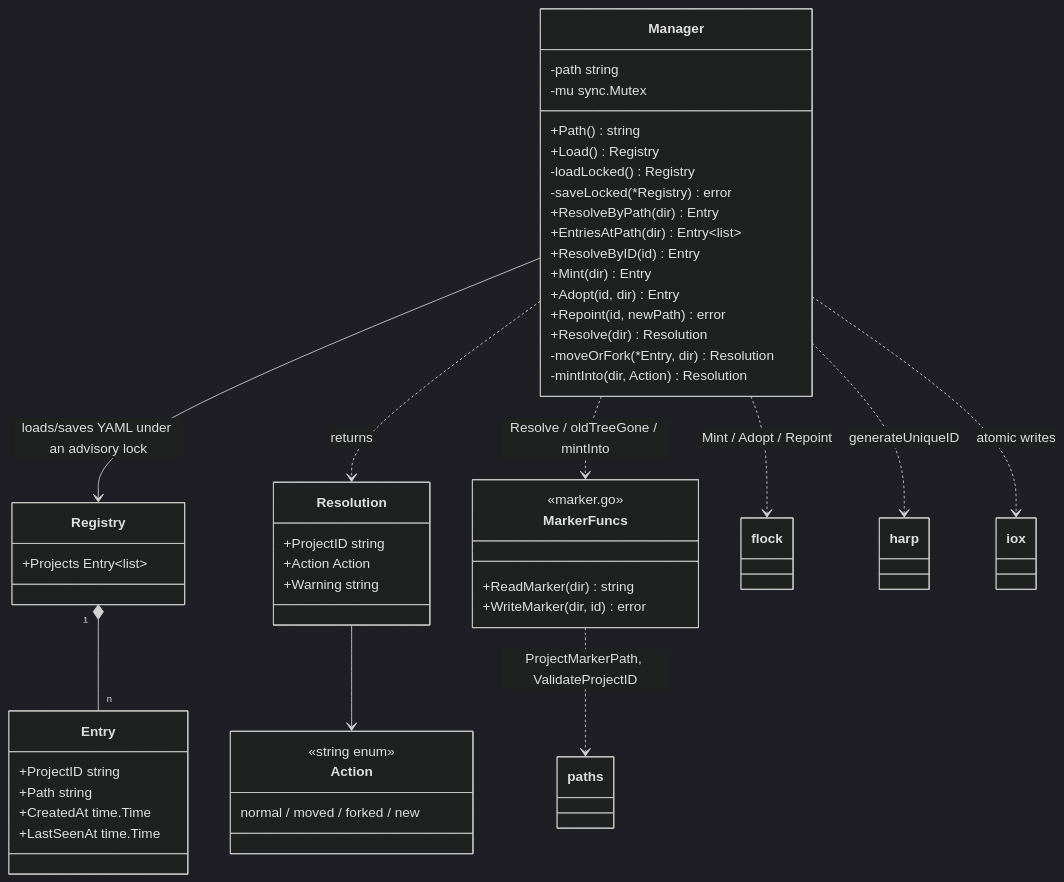
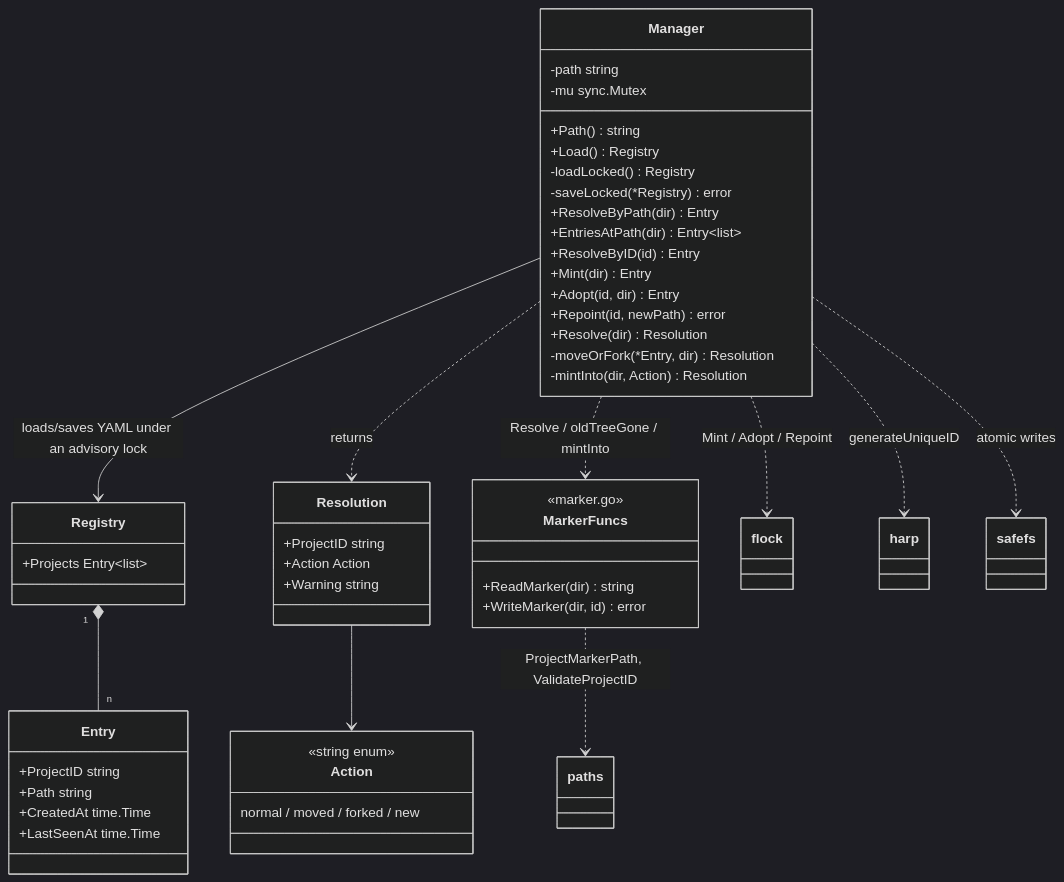
The diagram in docs/architecture/shared/tasks-identity.md (ctxloom/ctxloom), drawn with Mermaid (dark theme) before and after one commit. The commit also changed 14 other files, not shown here.

First line of the commit message:
docs: name safefs and errwriter where the docs named iox

````diff
--- a/docs/architecture/shared/tasks-identity.md
+++ b/docs/architecture/shared/tasks-identity.md
@@ -7,53 +7,53 @@
 ```mermaid
 classDiagram
     class Manager {
         -path string
         -mu sync.Mutex
         +Path() string
         +Load() Registry
         -loadLocked() Registry
         -saveLocked(*Registry) error
         +ResolveByPath(dir) Entry
         +EntriesAtPath(dir) Entry~list~
         +ResolveByID(id) Entry
         +Mint(dir) Entry
         +Adopt(id, dir) Entry
         +Repoint(id, newPath) error
         +Resolve(dir) Resolution
         -moveOrFork(*Entry, dir) Resolution
         -mintInto(dir, Action) Resolution
     }
     class Registry {
         +Projects Entry~list~
     }
     class Entry {
         +ProjectID string
         +Path string
         +CreatedAt time.Time
         +LastSeenAt time.Time
     }
     class Resolution {
         +ProjectID string
         +Action Action
         +Warning string
     }
     class Action {
         <<string enum>>
         normal / moved / forked / new
     }
     class MarkerFuncs {
         <<marker.go>>
         +ReadMarker(dir) string
         +WriteMarker(dir, id) error
     }
 
     Manager --> Registry : loads/saves YAML under an advisory lock
     Registry "1" *-- "n" Entry
     Manager ..> Resolution : returns
     Resolution --> Action
     Manager ..> MarkerFuncs : Resolve / oldTreeGone / mintInto
     MarkerFuncs ..> paths : ProjectMarkerPath, ValidateProjectID
     Manager ..> flock : Mint / Adopt / Repoint
     Manager ..> harp : generateUniqueID
-    Manager ..> iox : atomic writes
+    Manager ..> safefs : atomic writes
 ```
````
